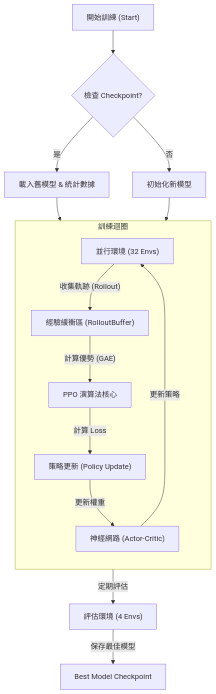
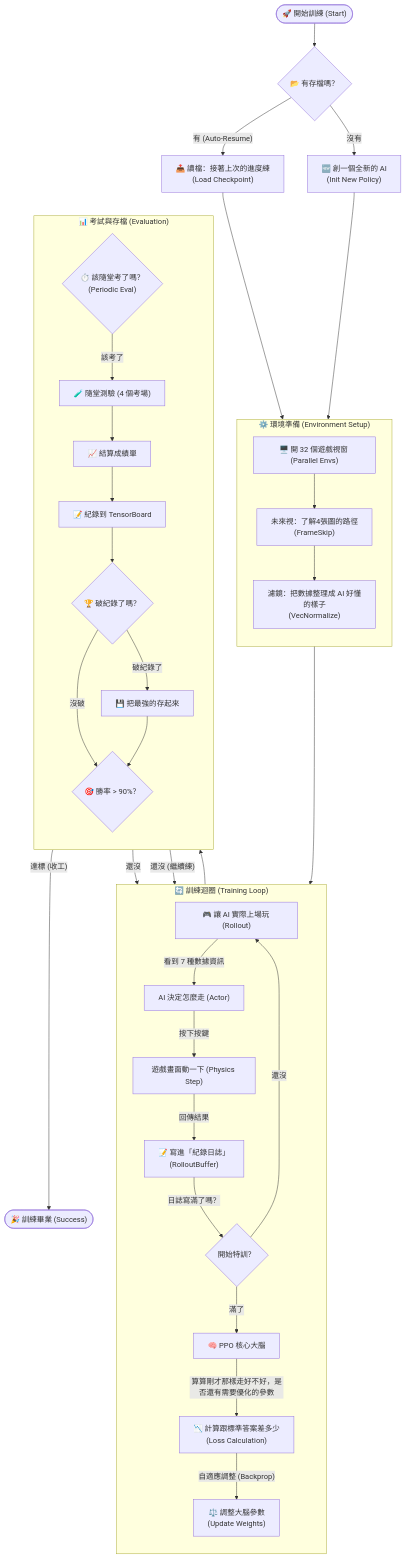
One commit to SmailDot/train_game changed the first of 3 diagrams in README.md. Above: the diagram before and after it, drawn with Mermaid. The commit also changed other lines of this file and 461 other files, not shown here.

````diff
--- a/README.md
+++ b/README.md
@@ -59,20 +66,64 @@
 ```mermaid
 graph TD
-    A["開始訓練 (Start)"] --> B{"檢查 Checkpoint?"}
-    B -- "是" --> C["載入舊模型 & 統計數據"]
-    B -- "否" --> D["初始化新模型"]
-    C --> E["並行環境 (32 Envs)"]
-    D --> E
+    %% === Start & Init ===
+    Start(["🚀 開始訓練 (Start)"]) --> CheckCkp{"📂 有存檔嗎？"}
+    
+    CheckCkp -- "有 (Auto-Resume)" --> Load["📥 讀檔：接著上次的進度練<br>(Load Checkpoint)"]
+    CheckCkp -- "沒有" --> Init["🆕 創一個全新的 AI<br>(Init New Policy)"]
+    
+    Load --> Envs
+    Init --> Envs
 
-    subgraph Training_Loop ["訓練迴圈"]
+    %% === Environment Setup ===
+    subgraph EnvSetup ["⚙️ 環境準備 (Environment Setup)"]
         direction TB
-        E -- "收集軌跡 (Rollout)" --> F["經驗緩衝區 (RolloutBuffer)"]
-        F -- "計算優勢 (GAE)" --> G["PPO 演算法核心"]
-        G -- "計算 Loss" --> H["策略更新 (Policy Update)"]
-        H -- "更新權重" --> I["神經網路 (Actor-Critic)"]
+        Envs["🖥️ 開 32 個遊戲視窗 (Parallel Envs)"]
+        Envs --> Wrap1["未來視：了解4張圖的路徑<br>(FrameSkip)"]
+        Wrap1 --> Wrap2["濾鏡：把數據整理成 AI 好懂的樣子<br>(VecNormalize)"]
     end
 
-    I -- "定期評估" --> J["評估環境 (4 Envs)"]
-    J -- "保存最佳模型" --> K["Best Model Checkpoint"]
-    I -- "更新策略" --> E
+    Wrap2 --> Rollout
+
+    %% === Training Loop ===
+    subgraph TrainLoop ["🔄 訓練迴圈 (Training Loop)"]
+        direction TB
+        
+        %% Step 1: Interaction
+        Rollout["🎮 讓 AI 實際上場玩 (Rollout)"]
+        Rollout -- "看到 7 種數據資訊" --> Agent["AI 決定怎麼走 (Actor)"]
+        Agent -- "按下按鍵" --> Step["遊戲畫面動一下 (Physics Step)"]
+        
+        %% Step 2: Feedback
+        Step -- "回傳結果 " --> Buffer["📝 寫進「紀錄日誌」<br>(RolloutBuffer)"]
+        
+        %% Step 3: Optimization
+        Buffer -- "日誌寫滿了嗎？" --> Update{"開始特訓？"}
+        Update -- "還沒" --> Rollout
+        Update -- "滿了" --> Algo["🧠 PPO 核心大腦"]
+        
+        Algo -- "算算剛才那樣走好不好，是否還有需要優化的參數" --> Loss["📉 計算跟標準答案差多少<br>(Loss Calculation)"]
+        Loss -- "自適應調整 (Backprop)" --> Opt["⚖️ 調整大腦參數<br>(Update Weights)"]
+    end
+
+    Opt --> EvalCheck{"⏱️ 該隨堂考了嗎？<br>(Periodic Eval)"}
+    EvalCheck -- "還沒" --> Rollout
+
+    %% === Evaluation & Save ===
+    subgraph EvalLoop ["📊 考試與存檔 (Evaluation)"]
+        direction TB
+        EvalCheck -- "該考了" --> Test["🧪 隨堂測驗 (4 個考場)"]
+        Test --> Metrics["📈 結算成績單"]
+        
+        Metrics --> Log["📝 紀錄到 TensorBoard"]
+        Log --> SaveBest{"🏆 破紀錄了嗎？"}
+        
+        SaveBest -- "破紀錄了" --> Save1["💾 把最強的存起來"]
+        SaveBest -- "沒破" --> GoalCheck
+        Save1 --> GoalCheck
+        
+        GoalCheck{"🎯 勝率 > 90%？"}
+    end
+
+    GoalCheck -- "還沒 (繼續練)" --> Rollout
+    GoalCheck -- "達標 (收工)" --> Stop(["🎉 訓練畢業 (Success)"])
 ```
````
